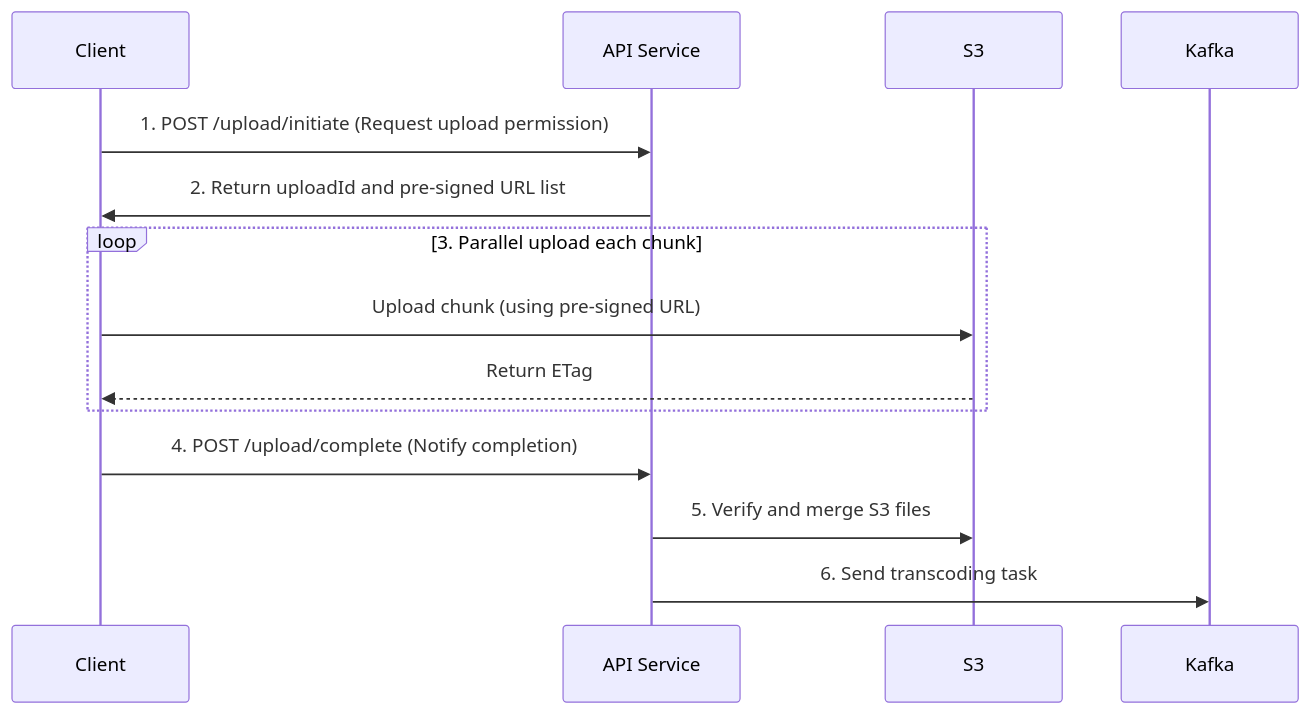
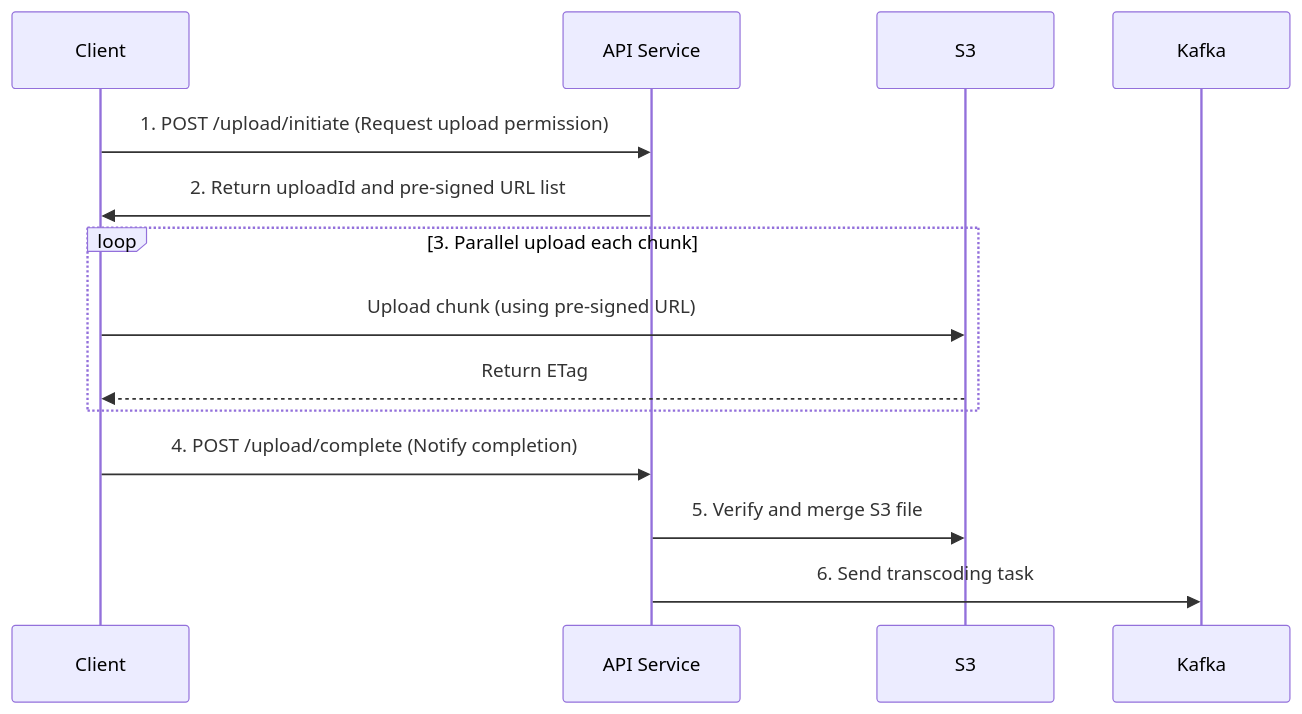
Before and after one commit to zhengstar94/zhengstar94.github.io: the third of 5 diagrams in _projects/3_project.md, drawn with Mermaid. The commit also changed other lines of this file, not shown here.

````diff
--- a/_projects/3_project.md
+++ b/_projects/3_project.md
@@ -378,16 +369,16 @@
 ```mermaid
 sequenceDiagram
     participant C as Client
     participant A as API Service
     participant S as S3
     participant K as Kafka
     C->>A: 1. POST /upload/initiate (Request upload permission)
     A->>C: 2. Return uploadId and pre-signed URL list
     loop 3. Parallel upload each chunk
         C->>S: Upload chunk (using pre-signed URL)
         S-->>C: Return ETag
     end
     C->>A: 4. POST /upload/complete (Notify completion)
-    A->>S: 5. Verify and merge S3 files
+    A->>S: 5. Verify and merge S3 file
     A->>K: 6. Send transcoding task
 ```
````
